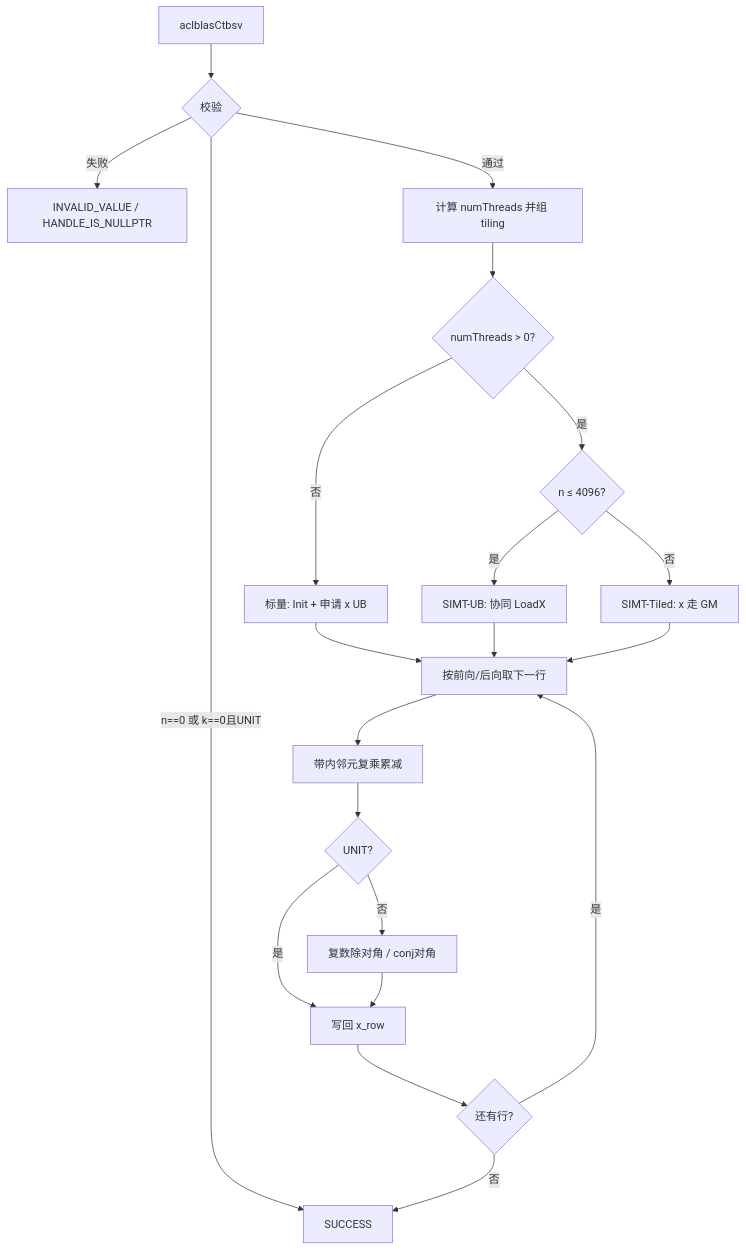
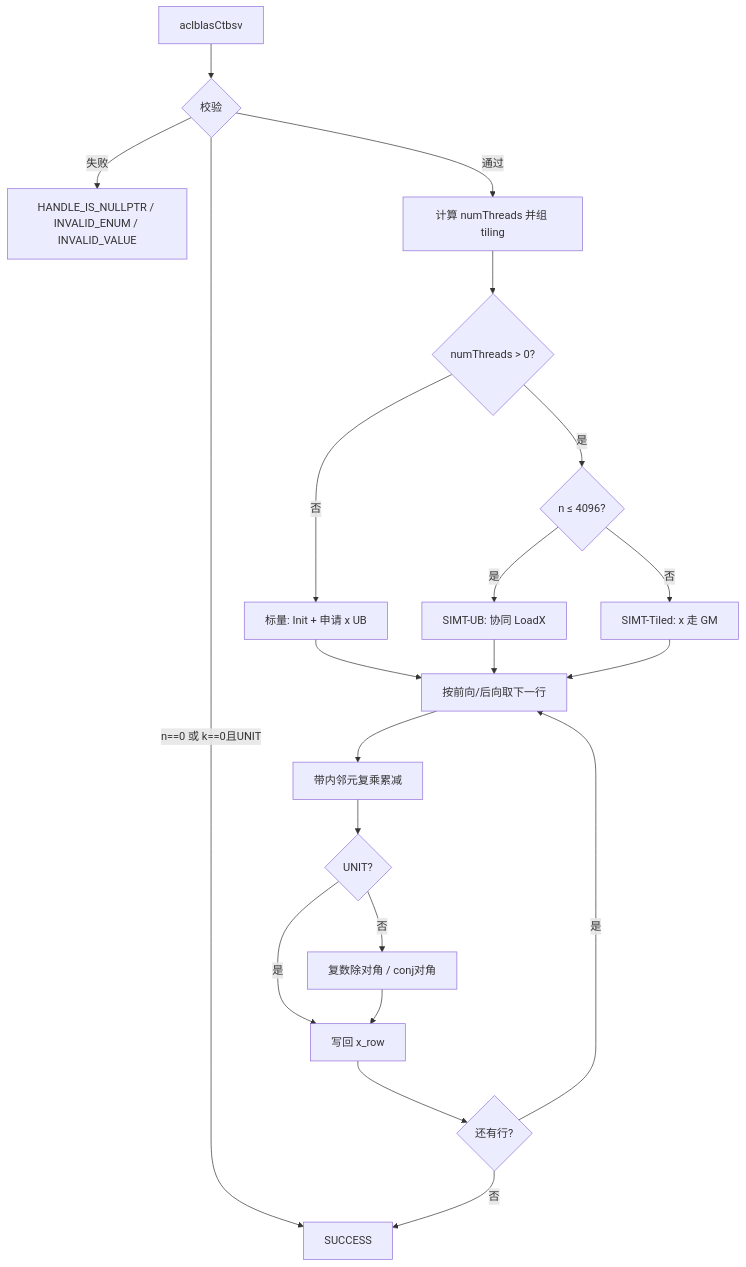
Before and after one commit to hicann/cann-ops-competitions: the third of 3 diagrams in 04_tasks/01_community-task-2026/tasklist/算子实操工坊-杭州站-aclblasCtbsv算子开发(950)/YMH0417/docs/design.md, drawn with Mermaid. The commit also changed other lines of this file, not shown here.

````diff
--- a/04_tasks/01_community-task-2026/tasklist/算子实操工坊-杭州站-aclblasCtbsv算子开发(950)/YMH0417/docs/design.md
+++ b/04_tasks/01_community-task-2026/tasklist/算子实操工坊-杭州站-aclblasCtbsv算子开发(950)/YMH0417/docs/design.md
@@ -336,23 +354,23 @@
 ```mermaid
 flowchart TD
     S[aclblasCtbsv] --> V{校验}
-    V -->|失败| R1[INVALID_VALUE / HANDLE_IS_NULLPTR]
+    V -->|失败| R1[HANDLE_IS_NULLPTR / INVALID_ENUM / INVALID_VALUE]
     V -->|n==0 或 k==0且UNIT| R0[SUCCESS]
     V -->|通过| T[计算 numThreads 并组 tiling]
     T --> P{numThreads > 0?}
     P -->|否| SC[标量: Init + 申请 x UB]
     P -->|是| SM{n ≤ 4096?}
     SM -->|是| UB[SIMT-UB: 协同 LoadX]
     SM -->|否| GM[SIMT-Tiled: x 走 GM]
     SC --> LOOP
     UB --> LOOP
     GM --> LOOP
     LOOP[按前向/后向取下一行] --> DOT[带内邻元复乘累减]
     DOT --> DIAG{UNIT?}
     DIAG -->|是| WR[写回 x_row]
     DIAG -->|否| DIV[复数除对角 / conj对角]
     DIV --> WR
     WR --> MORE{还有行?}
     MORE -->|是| LOOP
     MORE -->|否| R0
 ```
````
